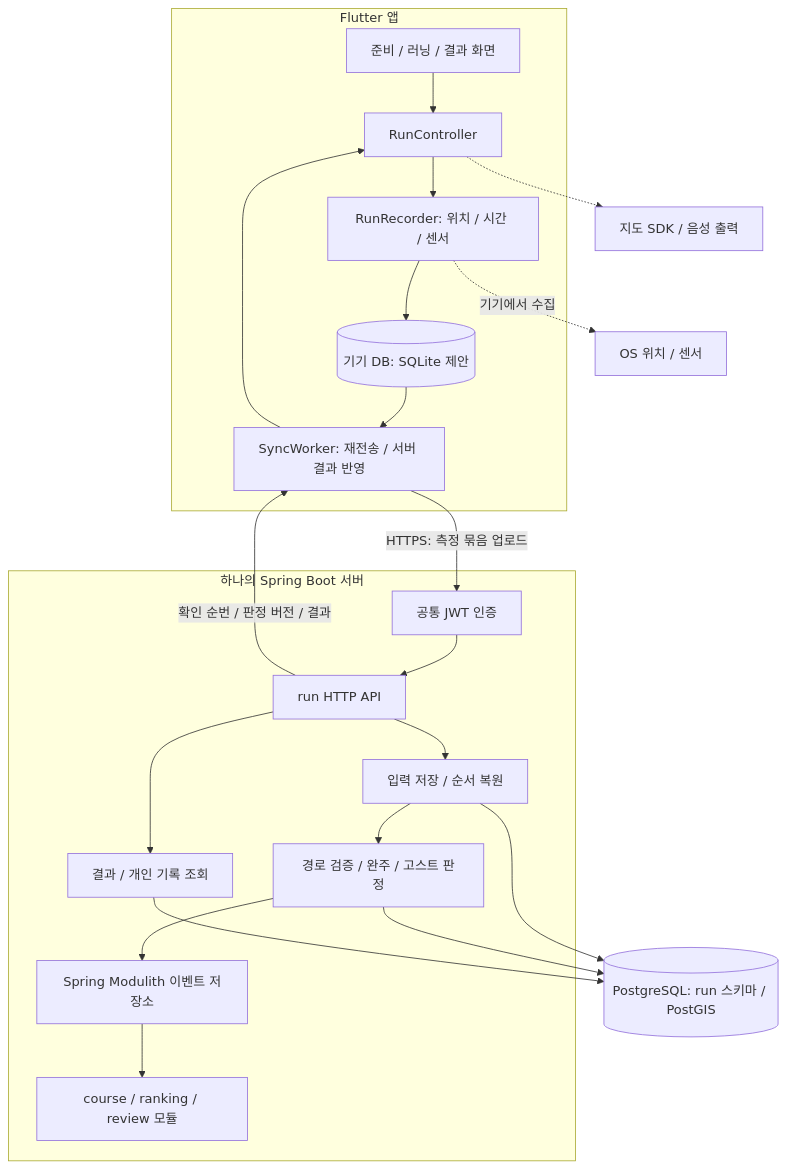
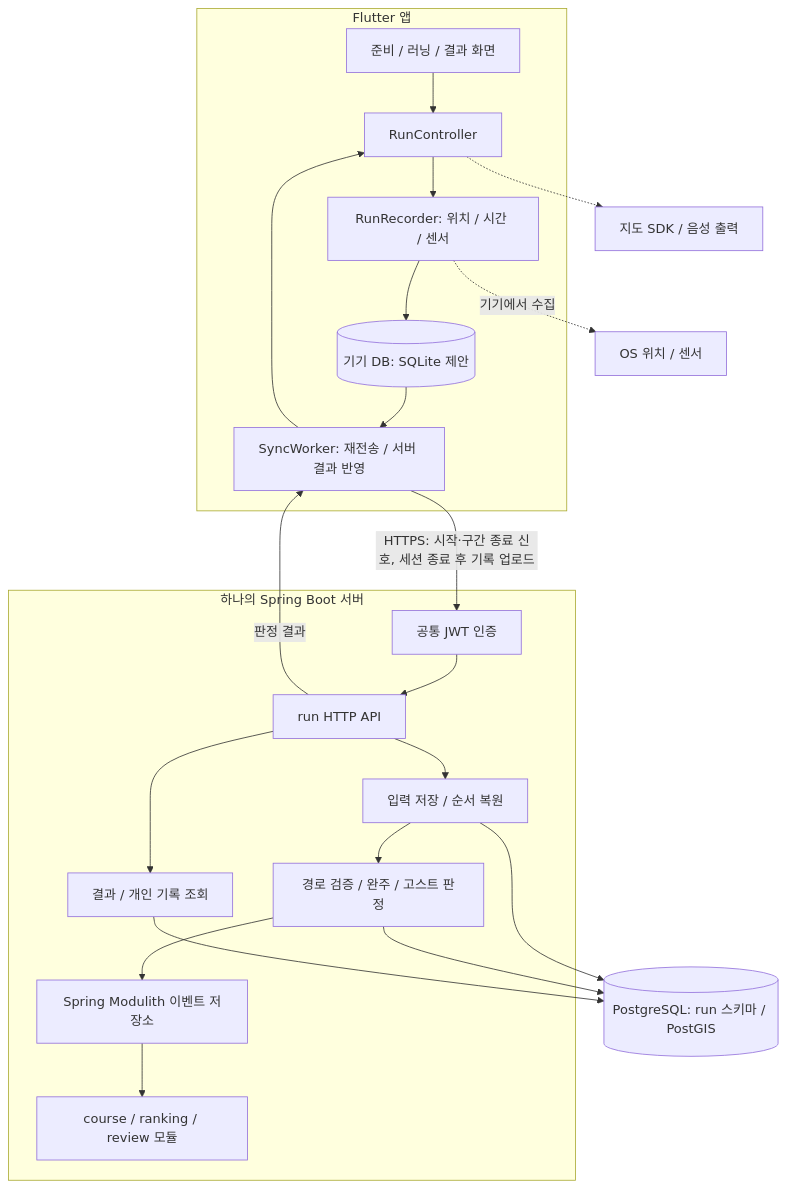
Before and after one commit to SunMoonUniv/WADADAK: the first of 3 diagrams in run/달리기 개발 아키텍처 - 2026-10-06.md, drawn with Mermaid. The commit also changed other lines of this file and 2 other files, not shown here.

````diff
--- a/run/달리기 개발 아키텍처 - 2026-10-06.md
+++ b/run/달리기 개발 아키텍처 - 2026-10-06.md
@@ -37,35 +37,35 @@
 ```mermaid
 flowchart TB
   subgraph APP[Flutter 앱]
     UI[준비 / 러닝 / 결과 화면]
     CTRL[RunController]
     REC[RunRecorder: 위치 / 시간 / 센서]
     LOCAL[(기기 DB: SQLite 제안)]
     SYNC[SyncWorker: 재전송 / 서버 결과 반영]
     UI --> CTRL
     CTRL --> REC
     REC --> LOCAL
     LOCAL --> SYNC
     SYNC --> CTRL
   end
   subgraph SERVER[하나의 Spring Boot 서버]
     AUTH[공통 JWT 인증]
     API[run HTTP API]
     INGEST[입력 저장 / 순서 복원]
     ENGINE[경로 검증 / 완주 / 고스트 판정]
     QUERY[결과 / 개인 기록 조회]
     PUB[Spring Modulith 이벤트 저장소]
     OTHERS[course / ranking / review 모듈]
     AUTH --> API
     API --> INGEST --> ENGINE
     API --> QUERY
     ENGINE --> PUB --> OTHERS
   end
-  SYNC -->|HTTPS: 측정 묶음 업로드| AUTH
-  API -->|확인 순번 / 판정 버전 / 결과| SYNC
+  SYNC -->|HTTPS: 시작·구간 종료 신호, 세션 종료 후 기록 업로드| AUTH
+  API -->|판정 결과| SYNC
   REC -.->|기기에서 수집| GPS[OS 위치 / 센서]
   CTRL -.-> MAP[지도 SDK / 음성 출력]
   INGEST --> DB[(PostgreSQL: run 스키마 / PostGIS)]
   ENGINE --> DB
   QUERY --> DB
 ```
````
